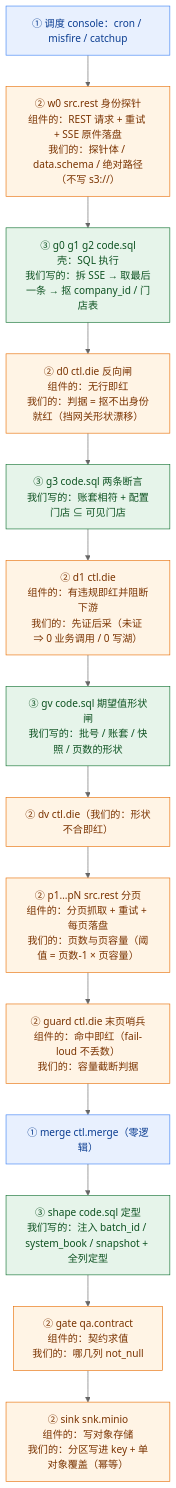
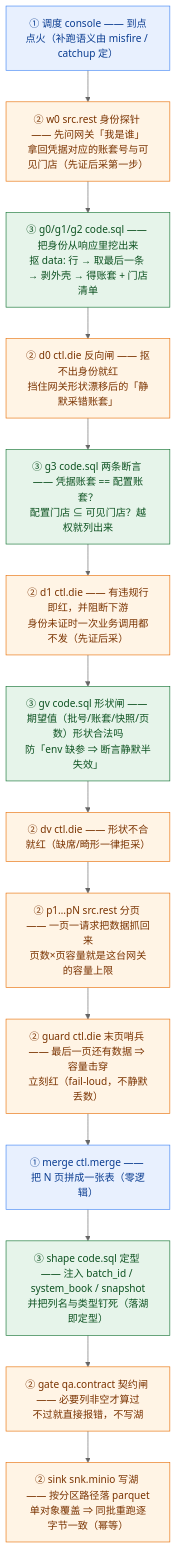
The first of 2 diagrams in deploy/duckle/console/pipelines/FLOW.lemeng.md (MYTech-Co-LTD/platform-core), drawn with Mermaid (neutral theme) before and after one commit. The commit also changed other lines of this file and 2 other files, not shown here.

First line of the commit message:
docs(duckle): 流程图为每个节点加职责注释（档 + 节点 + 组件 + 干什么）

````diff
--- a/deploy/duckle/console/pipelines/FLOW.lemeng.md
+++ b/deploy/duckle/console/pipelines/FLOW.lemeng.md
@@ -26,20 +27,20 @@
 ```mermaid
 flowchart TD
-  S["① 调度 console：cron / misfire / catchup"]:::e1
-  S --> W0["② w0 src.rest 身份探针<br/>组件的：REST 请求 + 重试 + SSE 原件落盘<br/>我们的：探针体 / data.schema / 绝对路径（不写 s3://）"]:::e2
-  W0 --> G0["③ g0 g1 g2 code.sql<br/>壳：SQL 执行<br/>我们写的：拆 SSE → 取最后一条 → 抠 company_id / 门店表"]:::e3
-  G0 --> D0["② d0 ctl.die 反向闸<br/>组件的：无行即红<br/>我们的：判据 = 抠不出身份就红（挡网关形状漂移）"]:::e2
-  D0 --> G3["③ g3 code.sql 两条断言<br/>我们写的：账套相符 + 配置门店 ⊆ 可见门店"]:::e3
-  G3 --> D1["② d1 ctl.die<br/>组件的：有违规即红并阻断下游<br/>我们的：先证后采（未证 ⇒ 0 业务调用 / 0 写湖）"]:::e2
-  D1 --> GV["③ gv code.sql 期望值形状闸<br/>我们写的：批号 / 账套 / 快照 / 页数的形状"]:::e3
-  GV --> DV["② dv ctl.die（我们的：形状不合即红）"]:::e2
-  DV --> P["② p1…pN src.rest 分页<br/>组件的：分页抓取 + 重试 + 每页落盘<br/>我们的：页数与页容量（阈值 = 页数-1 × 页容量）"]:::e2
-  P --> GUARD["② guard ctl.die 末页哨兵<br/>组件的：命中即红（fail-loud 不丢数）<br/>我们的：容量截断判据"]:::e2
-  GUARD --> MG["① merge ctl.merge（零逻辑）"]:::e1
-  MG --> SH["③ shape code.sql 定型<br/>我们写的：注入 batch_id / system_book / snapshot + 全列定型"]:::e3
-  SH --> GT["② gate qa.contract<br/>组件的：契约求值<br/>我们的：哪几列 not_null"]:::e2
-  GT --> SK["② sink snk.minio<br/>组件的：写对象存储<br/>我们的：分区写进 key + 单对象覆盖（幂等）"]:::e2
+  S["① 调度 console —— 到点点火（补跑语义由 misfire / catchup 定）"]:::e1
+  S --> W0["② w0 src.rest 身份探针 —— 先问网关「我是谁」<br/>拿回凭据对应的账套号与可见门店（先证后采第一步）"]:::e2
+  W0 --> G0["③ g0/g1/g2 code.sql —— 把身份从响应里挖出来<br/>抠 data: 行 → 取最后一条 → 剥外壳 → 得账套 + 门店清单"]:::e3
+  G0 --> D0["② d0 ctl.die 反向闸 —— 抠不出身份就红<br/>挡住网关形状漂移后的「静默采错账套」"]:::e2
+  D0 --> G3["③ g3 code.sql 两条断言 —— 凭据账套 == 配置账套？<br/>配置门店 ⊆ 可见门店？越权就列出来"]:::e3
+  G3 --> D1["② d1 ctl.die —— 有违规行即红，并阻断下游<br/>身份未证时一次业务调用都不发（先证后采）"]:::e2
+  D1 --> GV["③ gv code.sql 形状闸 —— 期望值（批号/账套/快照/页数）形状合法吗<br/>防「env 缺参 ⇒ 断言静默半失效」"]:::e3
+  GV --> DV["② dv ctl.die —— 形状不合就红（缺席/畸形一律拒采）"]:::e2
+  DV --> P["② p1…pN src.rest 分页 —— 一页一请求把数据抓回来<br/>页数×页容量就是这台网关的容量上限"]:::e2
+  P --> GUARD["② guard ctl.die 末页哨兵 —— 最后一页还有数据 ⇒ 容量击穿<br/>立刻红（fail-loud，不静默丢数）"]:::e2
+  GUARD --> MG["① merge ctl.merge —— 把 N 页拼成一张表（零逻辑）"]:::e1
+  MG --> SH["③ shape code.sql 定型 —— 注入 batch_id / system_book / snapshot<br/>并把列名与类型钉死（落湖即定型）"]:::e3
+  SH --> GT["② gate qa.contract 契约闸 —— 必要列非空才算过<br/>不过就直接报错，不写湖"]:::e2
+  GT --> SK["② sink snk.minio 写湖 —— 按分区路径落 parquet<br/>单对象覆盖 ⇒ 同批重跑逐字节一致（幂等）"]:::e2
   classDef e1 fill:#e8f0fe,stroke:#4285f4,color:#0b3d91
   classDef e2 fill:#fff4e5,stroke:#e8710a,color:#7a3300
   classDef e3 fill:#e6f4ea,stroke:#137333,color:#0d5221
 ```
````
